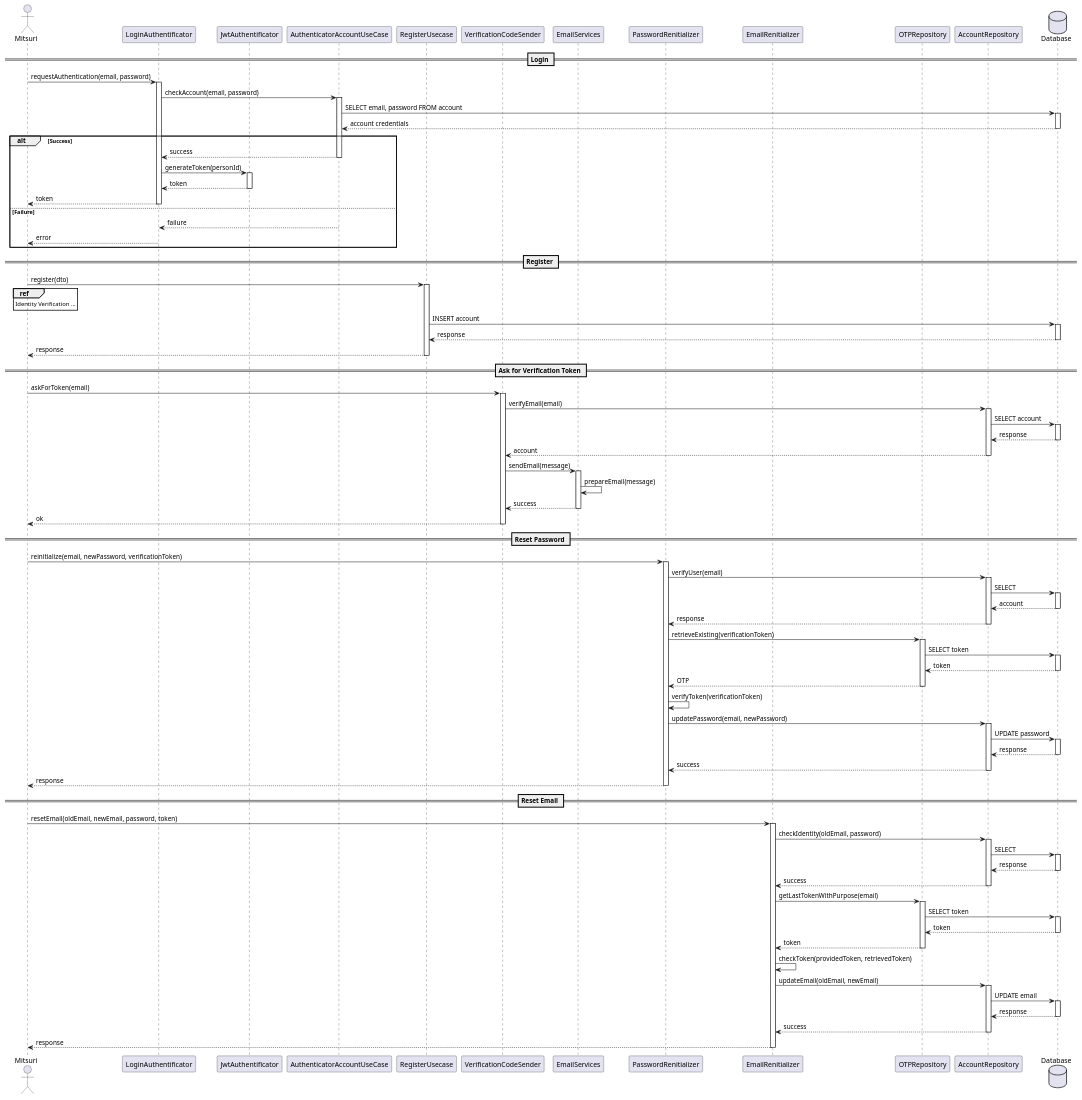
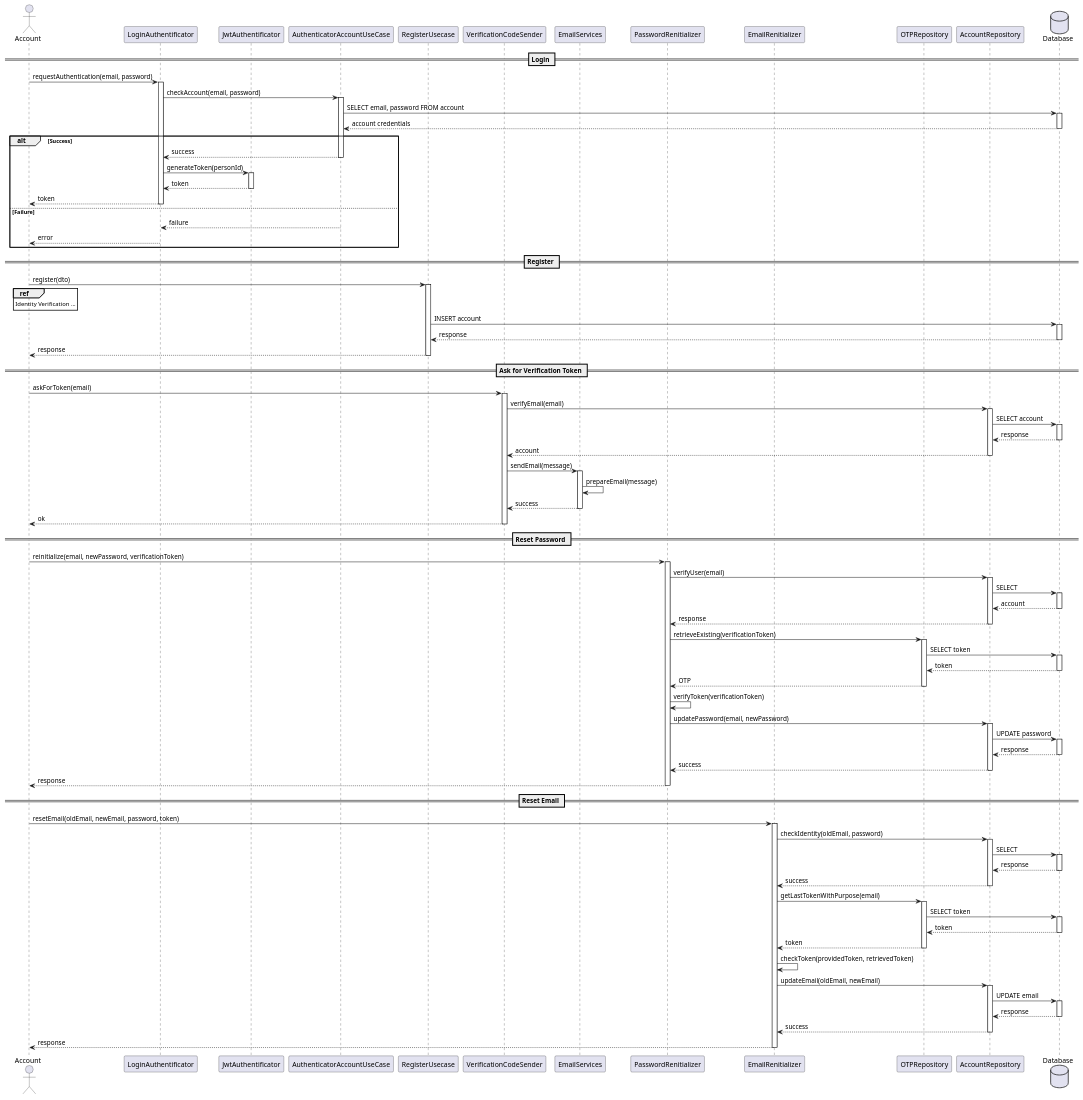
The diagram in ressources/modeling/sequences/authentificate.puml (Spriggan-Team/HiringForge), drawn with PlantUML before and after one commit. The commit also changed 1 other file, not shown here.

Commit message:
commit auth sequence diagram update

```diff
--- a/ressources/modeling/sequences/authentificate.puml
+++ b/ressources/modeling/sequences/authentificate.puml
@@ -1,6 +1,6 @@
 @startuml Auth Flow
 
-actor Mitsuri as Account
+actor "Account" as Account
 
 participant LoginAuthentificator
 participant JwtAuthentificator
```
